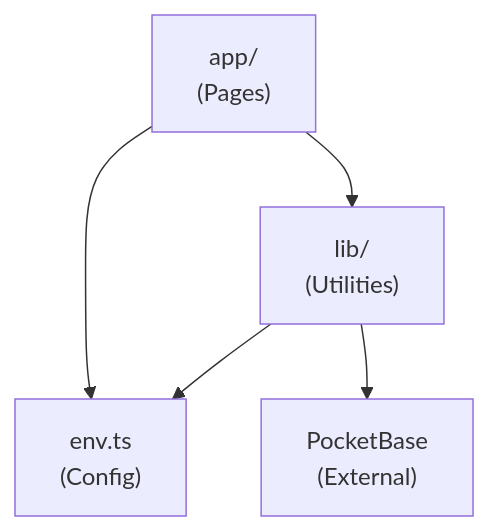
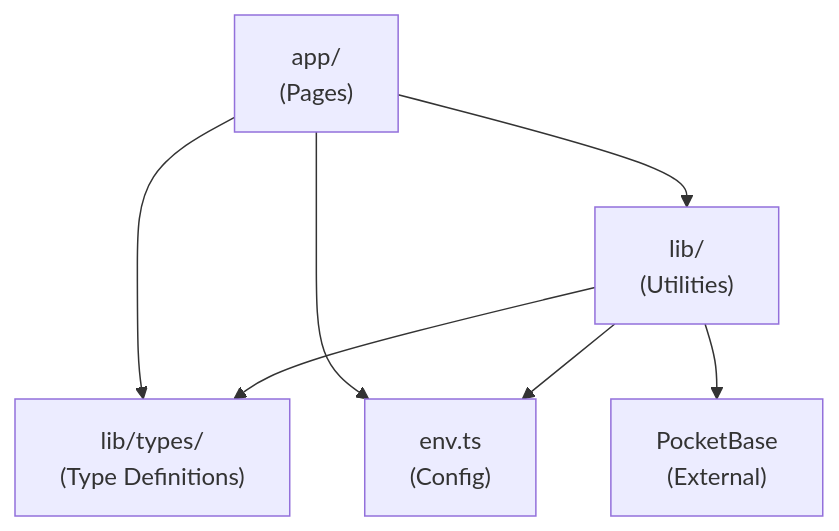
The diagram in cline-docs/keyPairResponsibility.md (artsmc/sprint-ui), drawn with Mermaid before and after one commit. The commit also changed other lines of this file and 28 other files, not shown here.

First line of the commit message:
feat: Implement PocketBase schema, types, seed data, and API services

````diff
--- a/cline-docs/keyPairResponsibility.md
+++ b/cline-docs/keyPairResponsibility.md
@@ -94,7 +150,9 @@
 ```mermaid
 flowchart TD
     App["app/<br/>(Pages)"] --> Lib["lib/<br/>(Utilities)"]
+    App --> Types["lib/types/<br/>(Type Definitions)"]
     App --> Env["env.ts<br/>(Config)"]
+    Lib --> Types
     Lib --> Env
     Lib --> PB["PocketBase<br/>(External)"]
 ```
````
